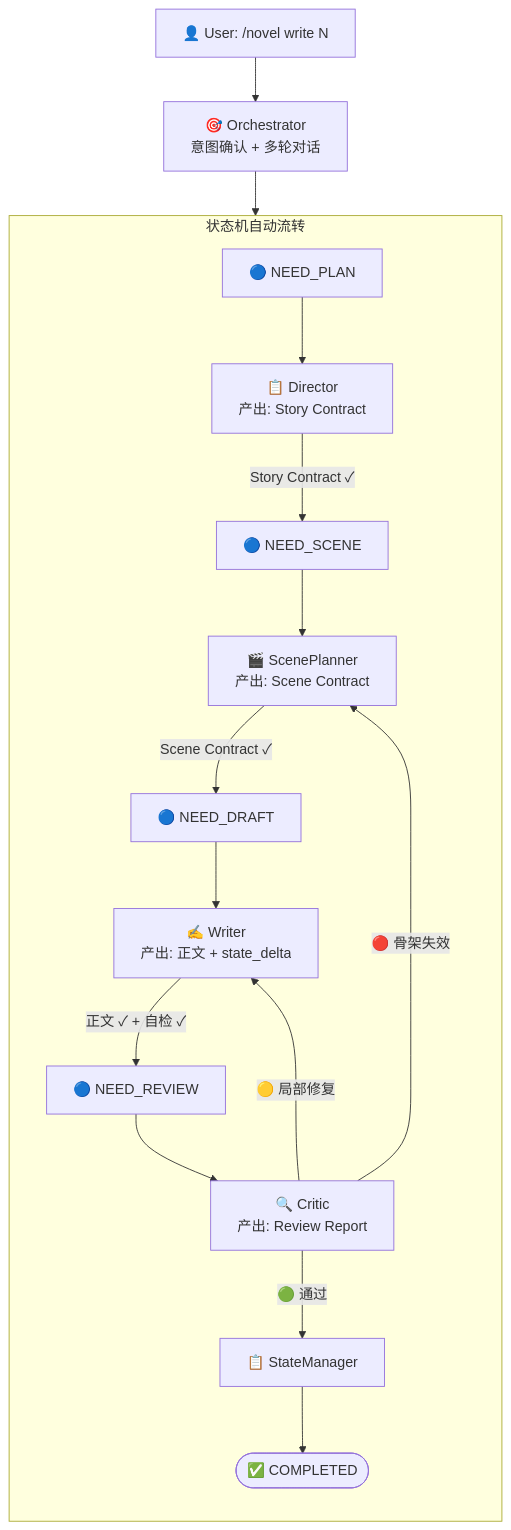
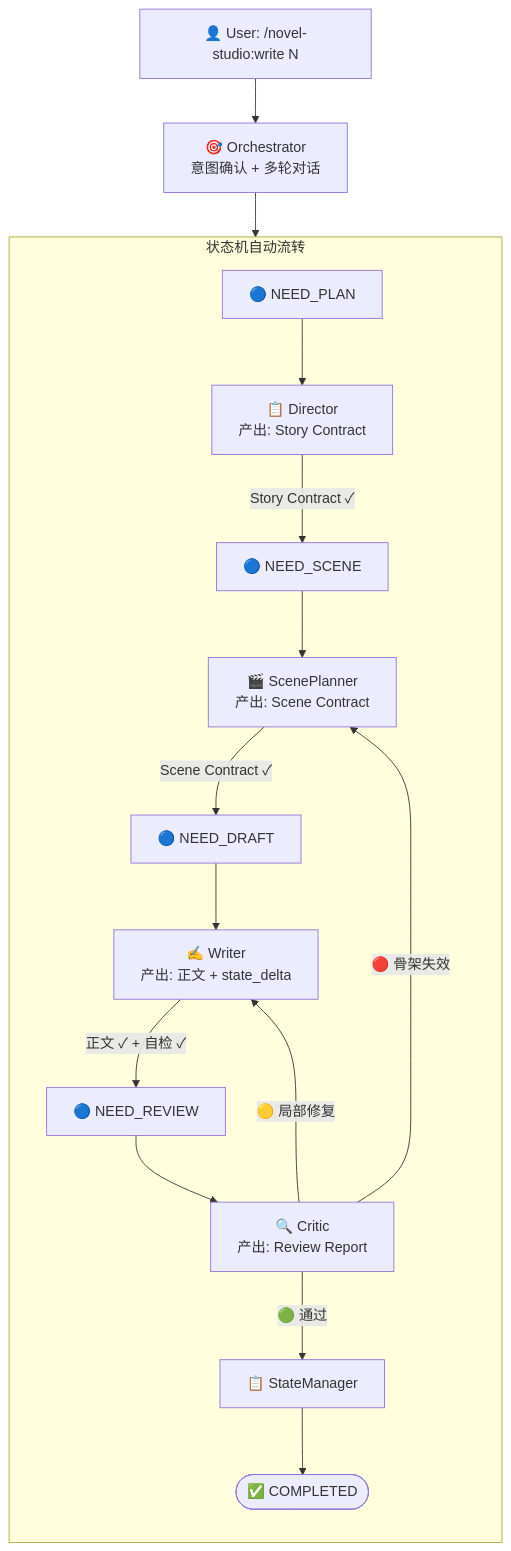
One commit to deathwhispers/novel-studio changed the first of 7 diagrams in workflows/write-chapter.md. Above: the diagram before and after it, drawn with Mermaid. The commit also changed other lines of this file and 24 other files, not shown here.

````diff
--- a/workflows/write-chapter.md
+++ b/workflows/write-chapter.md
@@ -11,36 +11,36 @@
 ```mermaid
 flowchart TD
-    User["👤 User: /novel write N"]
+    User["👤 User: /novel-studio:write N"]
     Orchestrator["🎯 Orchestrator<br/>意图确认 + 多轮对话"]
 
     User --> Orchestrator
 
     subgraph AutoFlow["状态机自动流转"]
         direction TB
 
         NEED_PLAN["🔵 NEED_PLAN"]
         Director["📋 Director<br/>产出: Story Contract"]
         NEED_SCENE["🔵 NEED_SCENE"]
         ScenePlanner["🎬 ScenePlanner<br/>产出: Scene Contract"]
         NEED_DRAFT["🔵 NEED_DRAFT"]
         Writer["✍️ Writer<br/>产出: 正文 + state_delta"]
         NEED_REVIEW["🔵 NEED_REVIEW"]
         Critic["🔍 Critic<br/>产出: Review Report"]
         StateManager["📋 StateManager"]
         Completed(["✅ COMPLETED"])
 
         NEED_PLAN --> Director
         Director -->|"Story Contract ✓"| NEED_SCENE
         NEED_SCENE --> ScenePlanner
         ScenePlanner -->|"Scene Contract ✓"| NEED_DRAFT
         NEED_DRAFT --> Writer
         Writer -->|"正文 ✓ + 自检 ✓"| NEED_REVIEW
         NEED_REVIEW --> Critic
         Critic -->|"🟢 通过"| StateManager
         StateManager --> Completed
         Critic -->|"🟡 局部修复"| Writer
         Critic -->|"🔴 骨架失效"| ScenePlanner
     end
 
     Orchestrator --> NEED_PLAN
 ```
````
